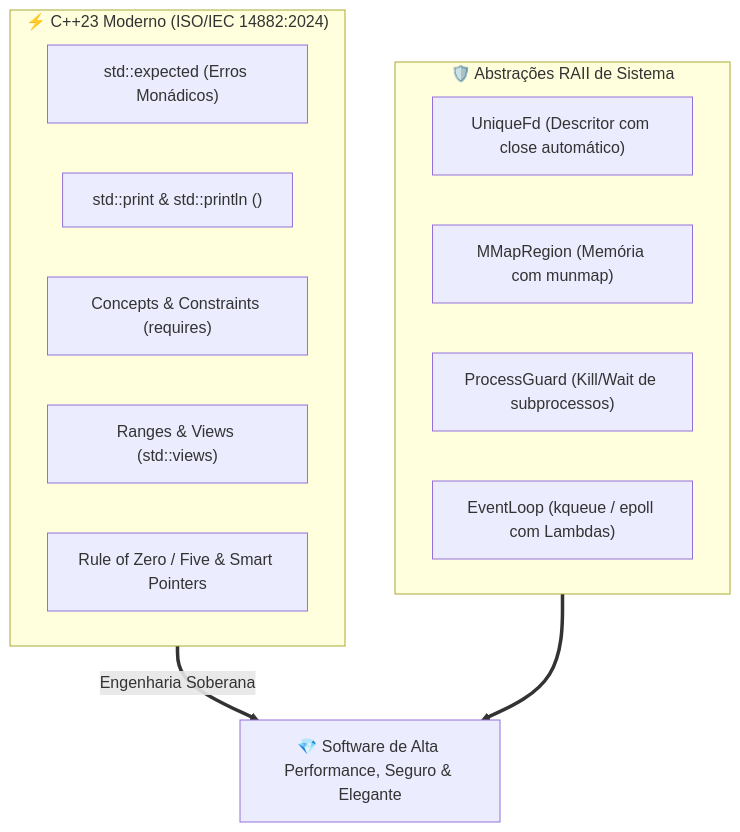
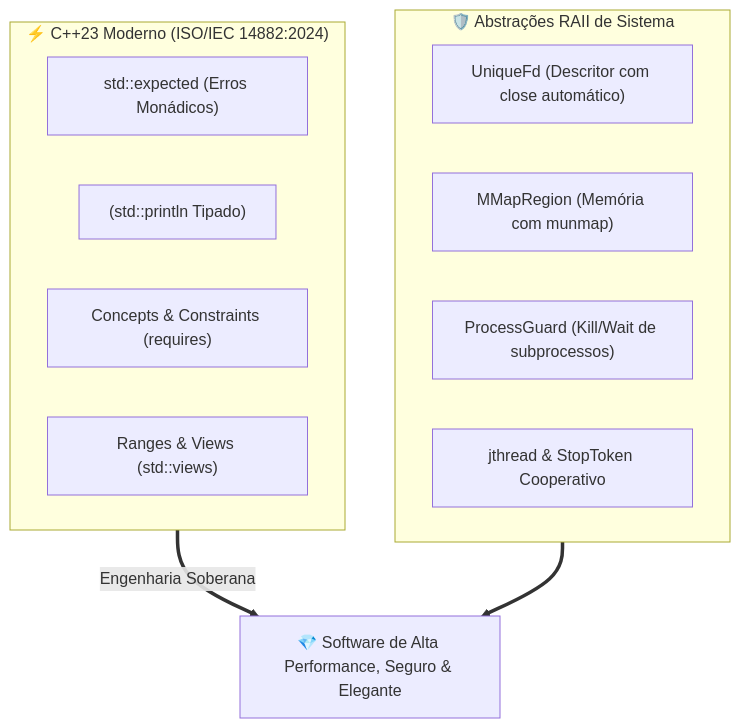
One commit to GabrielFrigo4/profile changed the diagram in skills/cpp-engineering/SKILL.md. Above: the diagram before and after it, drawn with Mermaid. The commit also changed other lines of this file and 36 other files, not shown here.

````diff
--- a/skills/cpp-engineering/SKILL.md
+++ b/skills/cpp-engineering/SKILL.md
@@ -16,20 +16,19 @@
 ```mermaid
 flowchart TD
     subgraph CPP23 ["⚡ C++23 Moderno (ISO/IEC 14882:2024)"]
-        E1["std::expected<T, E> (Erros Monádicos)"]
-        E2["std::print & std::println (<print>)"]
-        E3["Concepts & Constraints (requires)"]
-        E4["Ranges & Views (std::views)"]
-        E5["Rule of Zero / Five & Smart Pointers"]
+        T1["std::expected (Erros Monádicos)"]
+        T2["<print> (std::println Tipado)"]
+        T3["Concepts & Constraints (requires)"]
+        T4["Ranges & Views (std::views)"]
     end
 
     subgraph RAII ["🛡️ Abstrações RAII de Sistema"]
-        R1["UniqueFd (Descritor com close automático)"]
-        R2["MMapRegion (Memória com munmap)"]
-        R3["ProcessGuard (Kill/Wait de subprocessos)"]
-        R4["EventLoop (kqueue / epoll com Lambdas)"]
+        P1["UniqueFd (Descritor com close automático)"]
+        P2["MMapRegion (Memória com munmap)"]
+        P3["ProcessGuard (Kill/Wait de subprocessos)"]
+        P4["jthread & StopToken Cooperativo"]
     end
 
-    CPP23 ==>|Engenharia Soberana| APP["💎 Software de Alta Performance, Seguro & Elegante"]
-    RAII ==> APP
+    CPP23 ==>|Engenharia Soberana| BIN["💎 Software de Alta Performance, Seguro & Elegante"]
+    RAII ==> BIN
 ```
````
